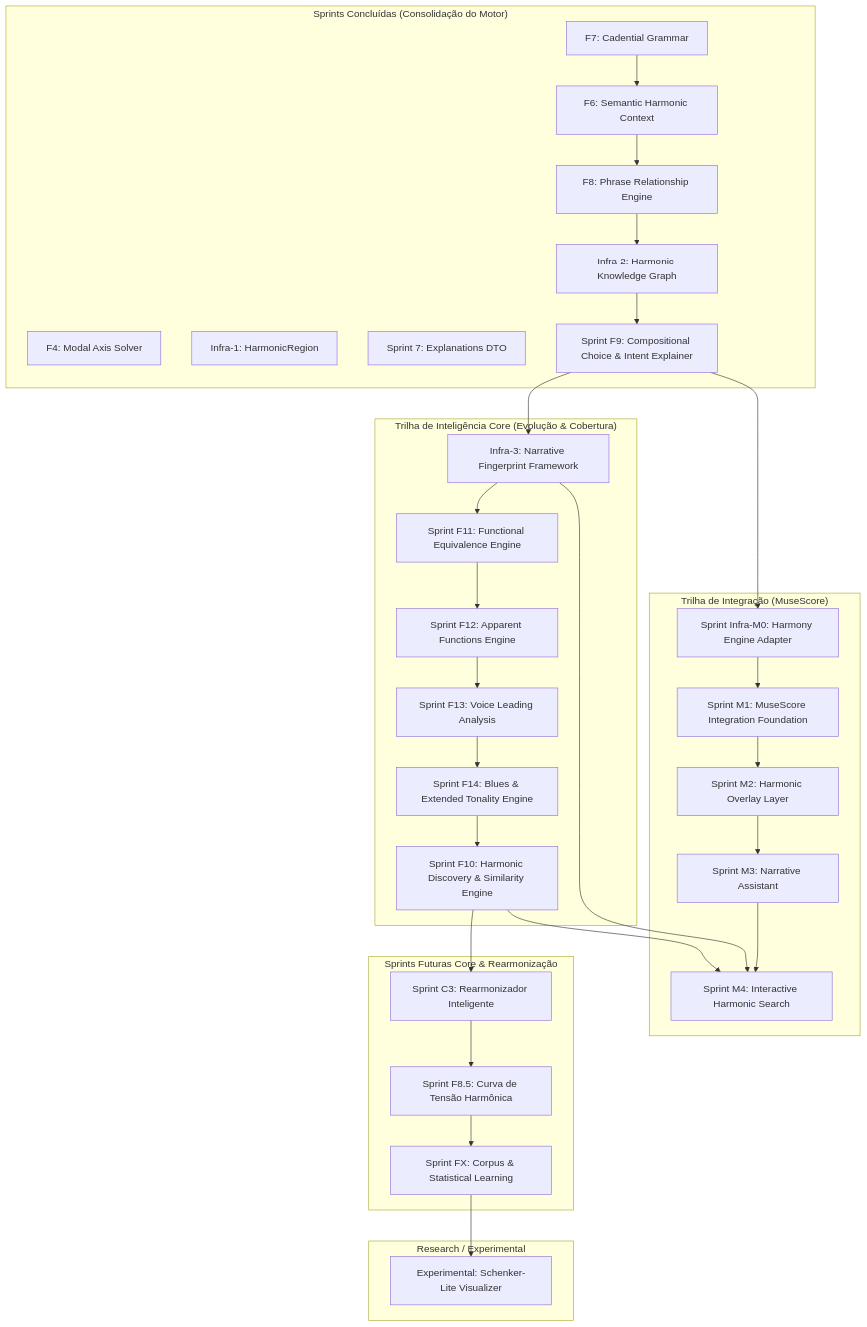
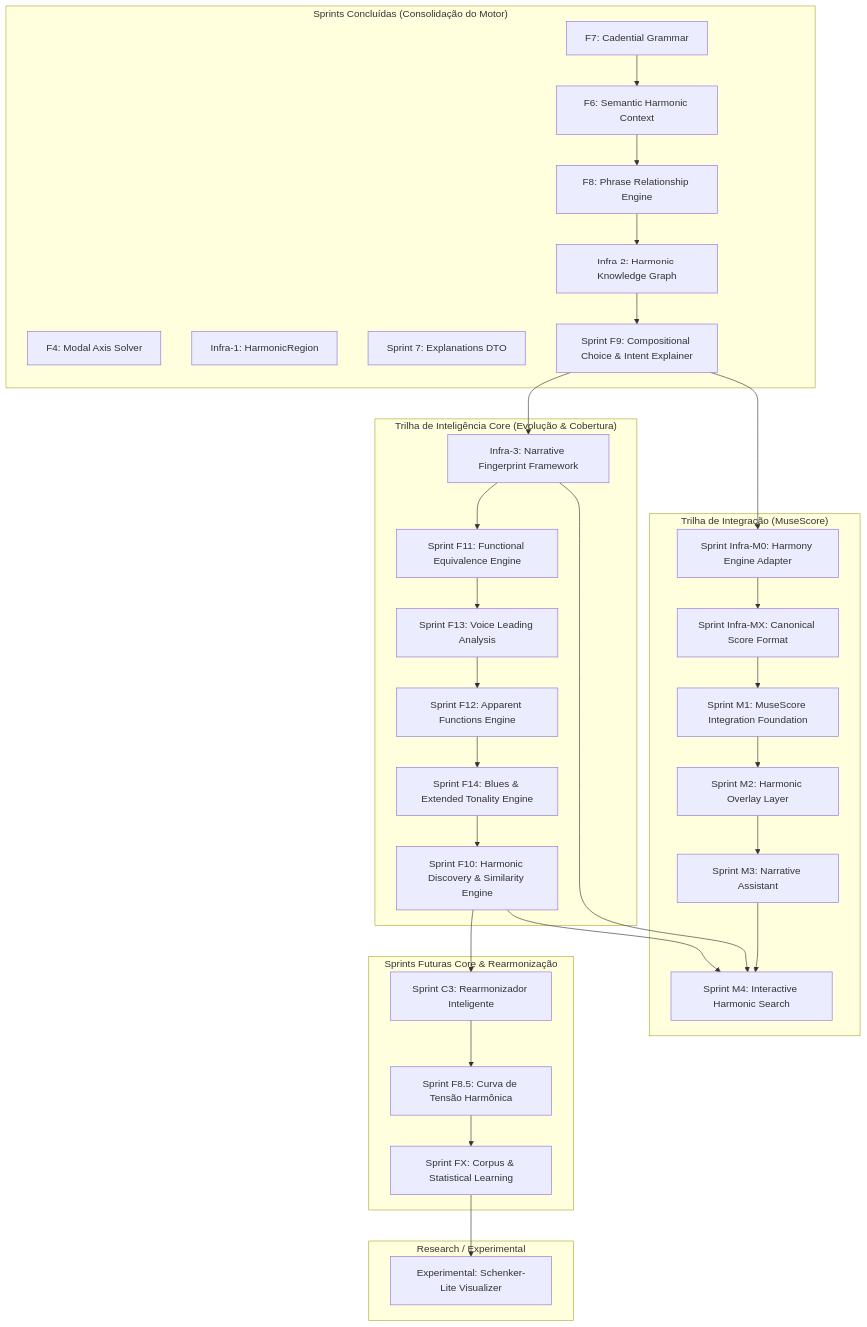
The diagram in sprints/future_sprints.md (gustavoesteves/FindChord), drawn with Mermaid before and after one commit. The commit also changed other lines of this file, not shown here.

Commit message:
Introduce Sprint Infra-MX: Canonical Score Format and reorder F13/F12 core sequence

````diff
--- a/sprints/future_sprints.md
+++ b/sprints/future_sprints.md
@@ -36,68 +36,67 @@
 ```mermaid
 graph TD
     subgraph "Sprints Concluídas (Consolidação do Motor)"
         C4["F4: Modal Axis Solver"]
         CI1["Infra-1: HarmonicRegion"]
         CS7["Sprint 7: Explanations DTO"]
         CF7["F7: Cadential Grammar"]
         F6["F6: Semantic Harmonic Context"]
         F8["F8: Phrase Relationship Engine"]
         I2["Infra-2: Harmonic Knowledge Graph"]
         F9["Sprint F9: Compositional Choice & Intent Explainer"]
     end
 
     subgraph "Trilha de Inteligência Core (Evolução & Cobertura)"
         I3["Infra-3: Narrative Fingerprint Framework"]
         F11["Sprint F11: Functional Equivalence Engine"]
+        F13["Sprint F13: Voice Leading Analysis"]
         F12["Sprint F12: Apparent Functions Engine"]
-        F13["Sprint F13: Voice Leading Analysis"]
         F14["Sprint F14: Blues & Extended Tonality Engine"]
         F10["Sprint F10: Harmonic Discovery & Similarity Engine"]
     end
 
-
     subgraph "Trilha de Integração (MuseScore)"
         IM0["Sprint Infra-M0: Harmony Engine Adapter"]
+        IMX["Sprint Infra-MX: Canonical Score Format"]
         M1["Sprint M1: MuseScore Integration Foundation"]
         M2["Sprint M2: Harmonic Overlay Layer"]
         M3["Sprint M3: Narrative Assistant"]
         M4["Sprint M4: Interactive Harmonic Search"]
     end
     
     subgraph "Sprints Futuras Core & Rearmonização"
         C3["Sprint C3: Rearmonizador Inteligente"]
         F8T["Sprint F8.5: Curva de Tensão Harmônica"]
         FX["Sprint FX: Corpus & Statistical Learning"]
     end
 
     subgraph "Research / Experimental"
         C1["Experimental: Schenker-Lite Visualizer"]
     end
 
     CF7 --> F6
     F6 --> F8
     F8 --> I2
     I2 --> F9
     F9 --> I3
     
     I3 --> F11
-    F11 --> F12
-    F12 --> F13
-    F13 --> F14
+    F11 --> F13
+    F13 --> F12
+    F12 --> F14
     F14 --> F10
     F10 --> C3
     
     C3 --> F8T
     F8T --> FX
     FX --> C1
     
     F9 --> IM0
-    IM0 --> M1
+    IM0 --> IMX
+    IMX --> M1
     M1 --> M2
     M2 --> M3
     M3 --> M4
     I3 --> M4
     F10 --> M4
-
-
 ```
````
